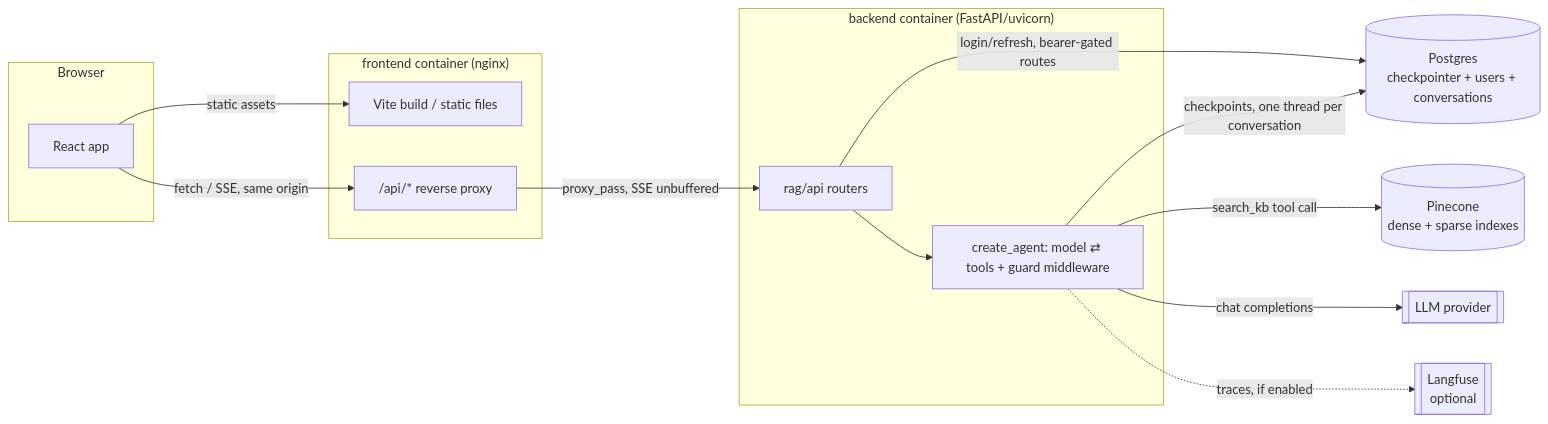
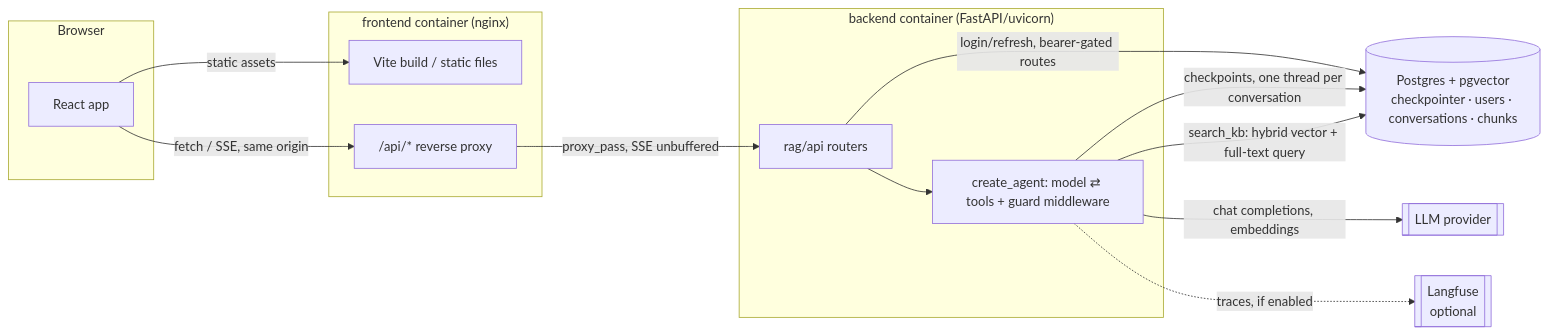
Before and after one commit to hadifar/rag: the first of 5 diagrams in docs/architecture.md, drawn with Mermaid. The commit also changed other lines of this file and 38 other files, not shown here.

Commit message:
feat: replace Pinecone with pgvector and use a single DATABASE_URL

````diff
--- a/docs/architecture.md
+++ b/docs/architecture.md
@@ -9,31 +9,30 @@
 ```mermaid
 graph LR
     subgraph browser[Browser]
         ui[React app]
     end
 
     subgraph frontendc["frontend container (nginx)"]
         static[Vite build / static files]
         proxy["/api/* reverse proxy"]
     end
 
     subgraph backendc["backend container (FastAPI/uvicorn)"]
         api[rag/api routers]
         langgraph["create_agent: model ⇄ tools + guard middleware"]
     end
 
-    postgres[(Postgres<br/>checkpointer + users + conversations)]
-    pinecone[(Pinecone<br/>dense + sparse indexes)]
+    postgres[(Postgres + pgvector<br/>checkpointer · users · conversations · chunks)]
     llm[[LLM provider]]
     langfuse[[Langfuse<br/>optional]]
 
     ui -->|static assets| static
     ui -->|"fetch / SSE, same origin"| proxy
     proxy -->|"proxy_pass, SSE unbuffered"| api
     api -->|"login/refresh, bearer-gated routes"| postgres
     api --> langgraph
     langgraph -->|checkpoints, one thread per conversation| postgres
-    langgraph -->|search_kb tool call| pinecone
-    langgraph -->|chat completions| llm
+    langgraph -->|search_kb: hybrid vector + full-text query| postgres
+    langgraph -->|chat completions, embeddings| llm
     langgraph -.->|traces, if enabled| langfuse
 ```
````
